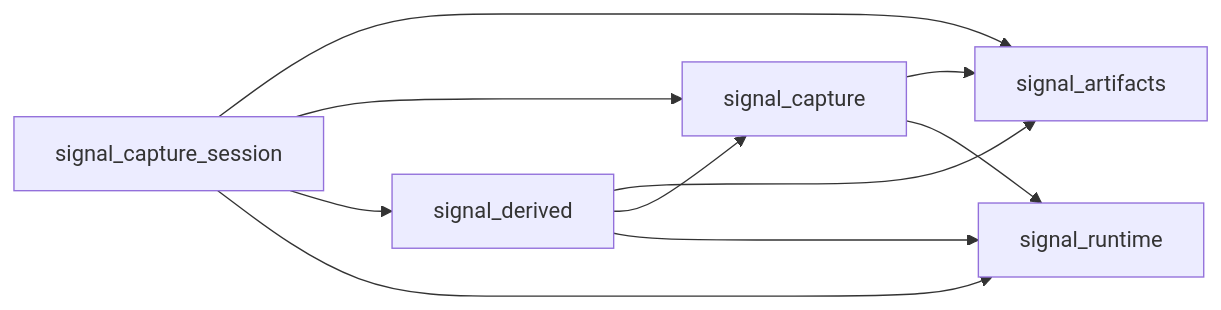
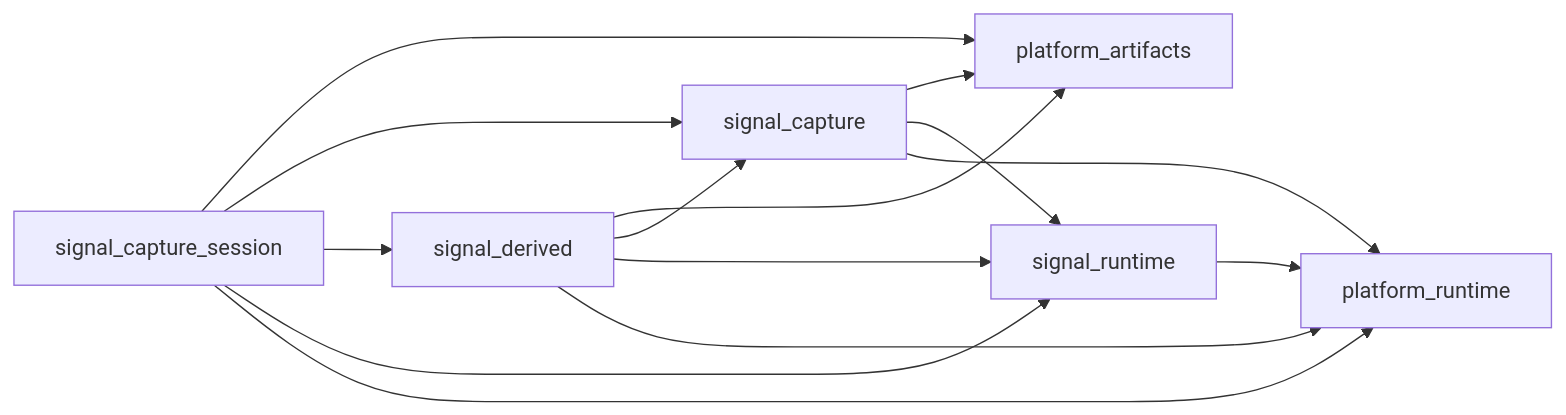
One commit to rcaelers/dsl changed the second of 2 diagrams in docs/architecture/crate_responsibility.md. Above: the diagram before and after it, drawn with Mermaid. The commit also changed other lines of this file and 163 other files, not shown here.

First line of the commit message:
refactor(platform): make host adapters domain-neutral

````diff
--- a/docs/architecture/crate_responsibility.md
+++ b/docs/architecture/crate_responsibility.md
@@ -341,12 +358,16 @@
 ```mermaid
 flowchart LR
-    Capture[signal_capture] --> Artifacts[signal_artifacts]
+    Capture[signal_capture] --> Artifacts[platform_artifacts]
     Capture --> Runtime[signal_runtime]
+    Capture --> HostRuntime[platform_runtime]
     Derived[signal_derived] --> Artifacts
     Derived --> Capture
     Derived --> Runtime
+    Derived --> HostRuntime
     Session[signal_capture_session] --> Artifacts
     Session --> Capture
     Session --> Derived
     Session --> Runtime
+    Session --> HostRuntime
+    Runtime --> HostRuntime
 ```
````
